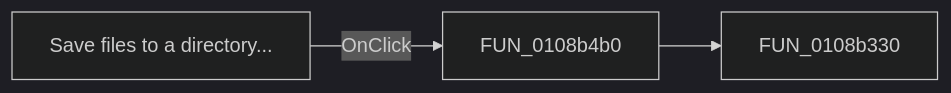
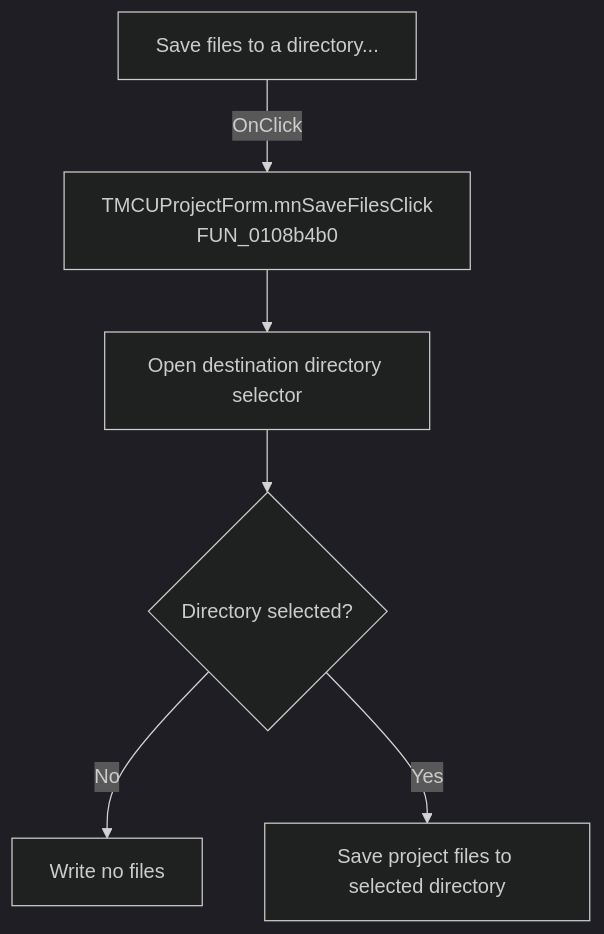
The diagram in docs/ui-controls/mcuprojectform/mnsavefiles-0215c64c34.md (MovGP0/TIARA), drawn with Mermaid (dark theme) before and after one commit. The commit also changed other lines of this file and 1062 other files, not shown here.

````diff
--- a/docs/ui-controls/mcuprojectform/mnsavefiles-0215c64c34.md
+++ b/docs/ui-controls/mcuprojectform/mnsavefiles-0215c64c34.md
@@ -27,5 +27,8 @@
 ```mermaid
-flowchart LR
-    control["Save files to a directory..."] -->|OnClick| handler["FUN_0108b4b0"]
-    handler --> call1["FUN_0108b330"]
+flowchart TD
+    control["Save files to a directory..."] -->|OnClick| handler["TMCUProjectForm.mnSaveFilesClick<br/>FUN_0108b4b0"]
+    handler --> directory["Open destination directory selector"]
+    directory --> accepted{"Directory selected?"}
+    accepted -->|No| noOp["Write no files"]
+    accepted -->|Yes| save["Save project files to selected directory"]
 ```
````
